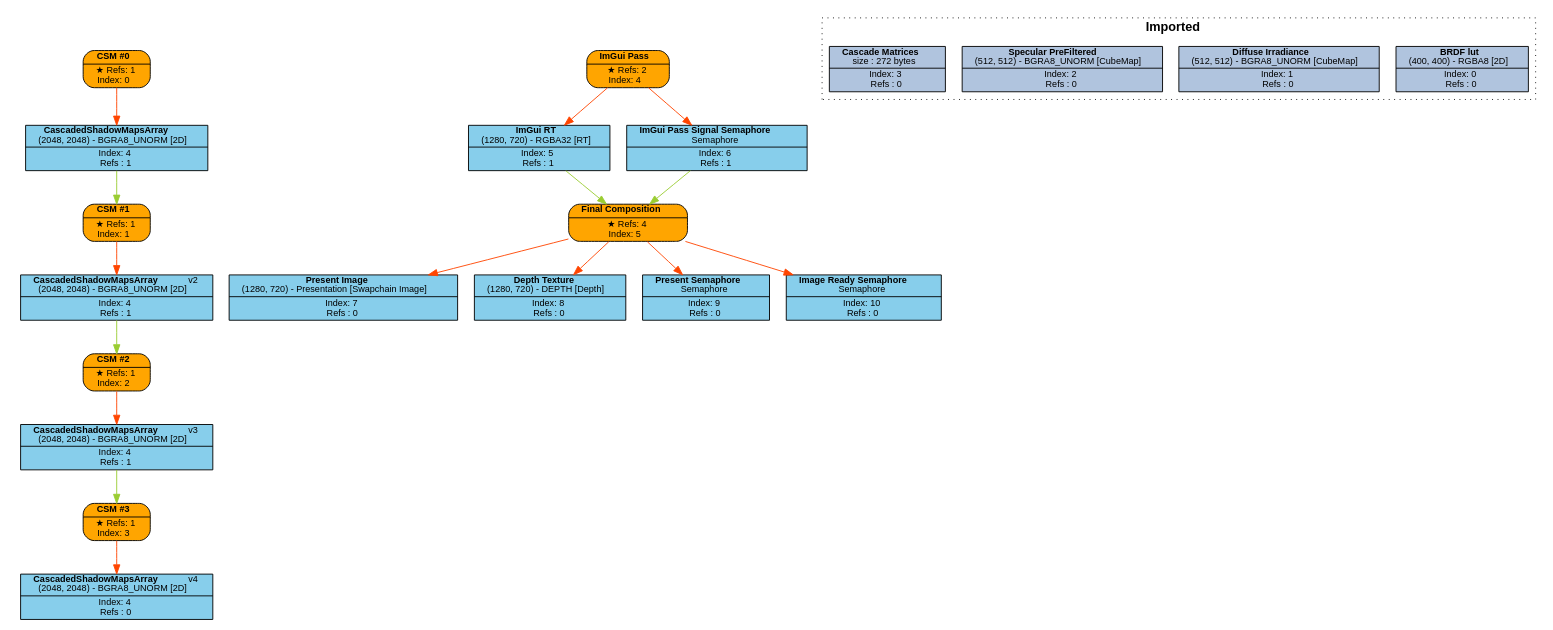
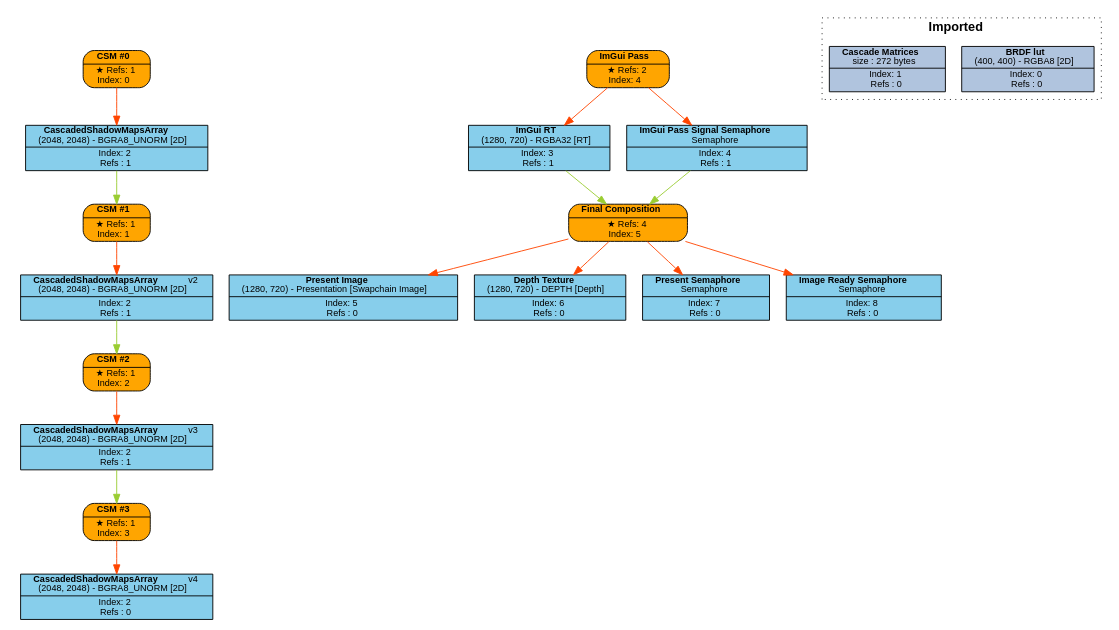
One commit to Pikachuxxxx/Razix changed the diagram in Engine/content/FrameGraphs/frame_graph_test.dot. Above: the diagram before and after it, drawn with Graphviz. The commit also changed 11 other files, not shown here.

```diff
--- a/Engine/content/FrameGraphs/frame_graph_test.dot
+++ b/Engine/content/FrameGraphs/frame_graph_test.dot
@@ -1,73 +1,69 @@
 digraph FrameGraph {
 graph [style=invis, rankdir="TB" ordering=out, splines=spline]
 node [shape=record, fontname="helvetica", fontsize=10, margin="0.2,0.03"]
 
 P0 [label=<{ {<B>CSM #0</B>} | {&#x2605; Refs: 1<BR/> Index: 0} }> style="rounded,filled", fillcolor=orange]
 P1 [label=<{ {<B>CSM #1</B>} | {&#x2605; Refs: 1<BR/> Index: 1} }> style="rounded,filled", fillcolor=orange]
 P2 [label=<{ {<B>CSM #2</B>} | {&#x2605; Refs: 1<BR/> Index: 2} }> style="rounded,filled", fillcolor=orange]
 P3 [label=<{ {<B>CSM #3</B>} | {&#x2605; Refs: 1<BR/> Index: 3} }> style="rounded,filled", fillcolor=orange]
 P4 [label=<{ {<B>ImGui Pass</B>} | {&#x2605; Refs: 2<BR/> Index: 4} }> style="rounded,filled", fillcolor=orange]
 P5 [label=<{ {<B>Final Composition</B>} | {&#x2605; Refs: 4<BR/> Index: 5} }> style="rounded,filled", fillcolor=orange]
 
 R0_1 [label=<{ {<B>BRDF lut</B><BR/>(400, 400) - RGBA8 [2D]} | {Index: 0<BR/>Refs : 0} }> style=filled, fillcolor=lightsteelblue]
-R1_1 [label=<{ {<B>Diffuse Irradiance</B><BR/>(512, 512) - BGRA8_UNORM [CubeMap]} | {Index: 1<BR/>Refs : 0} }> style=filled, fillcolor=lightsteelblue]
-R2_1 [label=<{ {<B>Specular PreFiltered</B><BR/>(512, 512) - BGRA8_UNORM [CubeMap]} | {Index: 2<BR/>Refs : 0} }> style=filled, fillcolor=lightsteelblue]
-R3_1 [label=<{ {<B>Cascade Matrices</B><BR/>size : 272 bytes} | {Index: 3<BR/>Refs : 0} }> style=filled, fillcolor=lightsteelblue]
-R4_1 [label=<{ {<B>CascadedShadowMapsArray</B><BR/>(2048, 2048) - BGRA8_UNORM [2D]} | {Index: 4<BR/>Refs : 1} }> style=filled, fillcolor=skyblue]
-R4_2 [label=<{ {<B>CascadedShadowMapsArray</B>   <FONT>v2</FONT><BR/>(2048, 2048) - BGRA8_UNORM [2D]} | {Index: 4<BR/>Refs : 1} }> style=filled, fillcolor=skyblue]
-R4_3 [label=<{ {<B>CascadedShadowMapsArray</B>   <FONT>v3</FONT><BR/>(2048, 2048) - BGRA8_UNORM [2D]} | {Index: 4<BR/>Refs : 1} }> style=filled, fillcolor=skyblue]
-R4_4 [label=<{ {<B>CascadedShadowMapsArray</B>   <FONT>v4</FONT><BR/>(2048, 2048) - BGRA8_UNORM [2D]} | {Index: 4<BR/>Refs : 0} }> style=filled, fillcolor=skyblue]
-R5_1 [label=<{ {<B>ImGui RT</B><BR/>(1280, 720) - RGBA32 [RT]} | {Index: 5<BR/>Refs : 1} }> style=filled, fillcolor=skyblue]
-R6_1 [label=<{ {<B>ImGui Pass Signal Semaphore</B><BR/>Semaphore} | {Index: 6<BR/>Refs : 1} }> style=filled, fillcolor=skyblue]
-R7_1 [label=<{ {<B>Present Image</B><BR/>(1280, 720) - Presentation [Swapchain Image]} | {Index: 7<BR/>Refs : 0} }> style=filled, fillcolor=skyblue]
-R8_1 [label=<{ {<B>Depth Texture</B><BR/>(1280, 720) - DEPTH [Depth]} | {Index: 8<BR/>Refs : 0} }> style=filled, fillcolor=skyblue]
-R9_1 [label=<{ {<B>Present Semaphore</B><BR/>Semaphore} | {Index: 9<BR/>Refs : 0} }> style=filled, fillcolor=skyblue]
-R10_1 [label=<{ {<B>Image Ready Semaphore</B><BR/>Semaphore} | {Index: 10<BR/>Refs : 0} }> style=filled, fillcolor=skyblue]
+R1_1 [label=<{ {<B>Cascade Matrices</B><BR/>size : 272 bytes} | {Index: 1<BR/>Refs : 0} }> style=filled, fillcolor=lightsteelblue]
+R2_1 [label=<{ {<B>CascadedShadowMapsArray</B><BR/>(2048, 2048) - BGRA8_UNORM [2D]} | {Index: 2<BR/>Refs : 1} }> style=filled, fillcolor=skyblue]
+R2_2 [label=<{ {<B>CascadedShadowMapsArray</B>   <FONT>v2</FONT><BR/>(2048, 2048) - BGRA8_UNORM [2D]} | {Index: 2<BR/>Refs : 1} }> style=filled, fillcolor=skyblue]
+R2_3 [label=<{ {<B>CascadedShadowMapsArray</B>   <FONT>v3</FONT><BR/>(2048, 2048) - BGRA8_UNORM [2D]} | {Index: 2<BR/>Refs : 1} }> style=filled, fillcolor=skyblue]
+R2_4 [label=<{ {<B>CascadedShadowMapsArray</B>   <FONT>v4</FONT><BR/>(2048, 2048) - BGRA8_UNORM [2D]} | {Index: 2<BR/>Refs : 0} }> style=filled, fillcolor=skyblue]
+R3_1 [label=<{ {<B>ImGui RT</B><BR/>(1280, 720) - RGBA32 [RT]} | {Index: 3<BR/>Refs : 1} }> style=filled, fillcolor=skyblue]
+R4_1 [label=<{ {<B>ImGui Pass Signal Semaphore</B><BR/>Semaphore} | {Index: 4<BR/>Refs : 1} }> style=filled, fillcolor=skyblue]
+R5_1 [label=<{ {<B>Present Image</B><BR/>(1280, 720) - Presentation [Swapchain Image]} | {Index: 5<BR/>Refs : 0} }> style=filled, fillcolor=skyblue]
+R6_1 [label=<{ {<B>Depth Texture</B><BR/>(1280, 720) - DEPTH [Depth]} | {Index: 6<BR/>Refs : 0} }> style=filled, fillcolor=skyblue]
+R7_1 [label=<{ {<B>Present Semaphore</B><BR/>Semaphore} | {Index: 7<BR/>Refs : 0} }> style=filled, fillcolor=skyblue]
+R8_1 [label=<{ {<B>Image Ready Semaphore</B><BR/>Semaphore} | {Index: 8<BR/>Refs : 0} }> style=filled, fillcolor=skyblue]
 
-P0 -> { R4_1 } [color=orangered]
-P1 -> { R4_2 } [color=orangered]
-P2 -> { R4_3 } [color=orangered]
-P3 -> { R4_4 } [color=orangered]
-P4 -> { R5_1 R6_1 } [color=orangered]
-P5 -> { R7_1 R8_1 R9_1 R10_1 } [color=orangered]
+P0 -> { R2_1 } [color=orangered]
+P1 -> { R2_2 } [color=orangered]
+P2 -> { R2_3 } [color=orangered]
+P3 -> { R2_4 } [color=orangered]
+P4 -> { R3_1 R4_1 } [color=orangered]
+P5 -> { R5_1 R6_1 R7_1 R8_1 } [color=orangered]
 
 R0_1 -> { } [color=olivedrab3]
 R1_1 -> { } [color=olivedrab3]
-R2_1 -> { } [color=olivedrab3]
-R3_1 -> { } [color=olivedrab3]
-R4_1 -> { P1 } [color=olivedrab3]
-R4_2 -> { P2 } [color=olivedrab3]
-R4_3 -> { P3 } [color=olivedrab3]
-R4_4 -> { } [color=olivedrab3]
-R5_1 -> { P5 } [color=olivedrab3]
-R6_1 -> { P5 } [color=olivedrab3]
+R2_1 -> { P1 } [color=olivedrab3]
+R2_2 -> { P2 } [color=olivedrab3]
+R2_3 -> { P3 } [color=olivedrab3]
+R2_4 -> { } [color=olivedrab3]
+R3_1 -> { P5 } [color=olivedrab3]
+R4_1 -> { P5 } [color=olivedrab3]
+R5_1 -> { } [color=olivedrab3]
+R6_1 -> { } [color=olivedrab3]
 R7_1 -> { } [color=olivedrab3]
 R8_1 -> { } [color=olivedrab3]
-R9_1 -> { } [color=olivedrab3]
-R10_1 -> { } [color=olivedrab3]
 
 subgraph cluster_0 {
-P0 R4_1 
+P0 R2_1 
 }
 subgraph cluster_1 {
 P1 
 }
 subgraph cluster_2 {
 P2 
 }
 subgraph cluster_3 {
 P3 
 }
 subgraph cluster_4 {
-P4 R5_1 R6_1 
+P4 R3_1 R4_1 
 }
 subgraph cluster_5 {
-P5 R7_1 R8_1 R9_1 R10_1 
+P5 R5_1 R6_1 R7_1 R8_1 
 }
 
 subgraph cluster_imported_resources {
 graph [style=dotted, fontname="helvetica", label=< <B>Imported</B> >]
-R0_1 R1_1 R2_1 R3_1 
+R0_1 R1_1 
 }
 
 }
```
